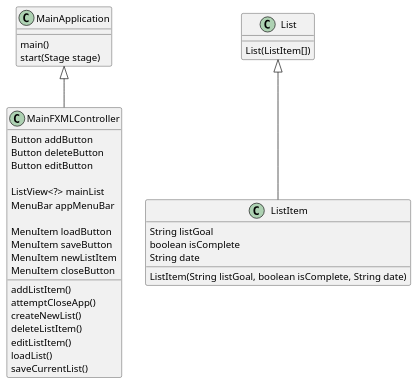
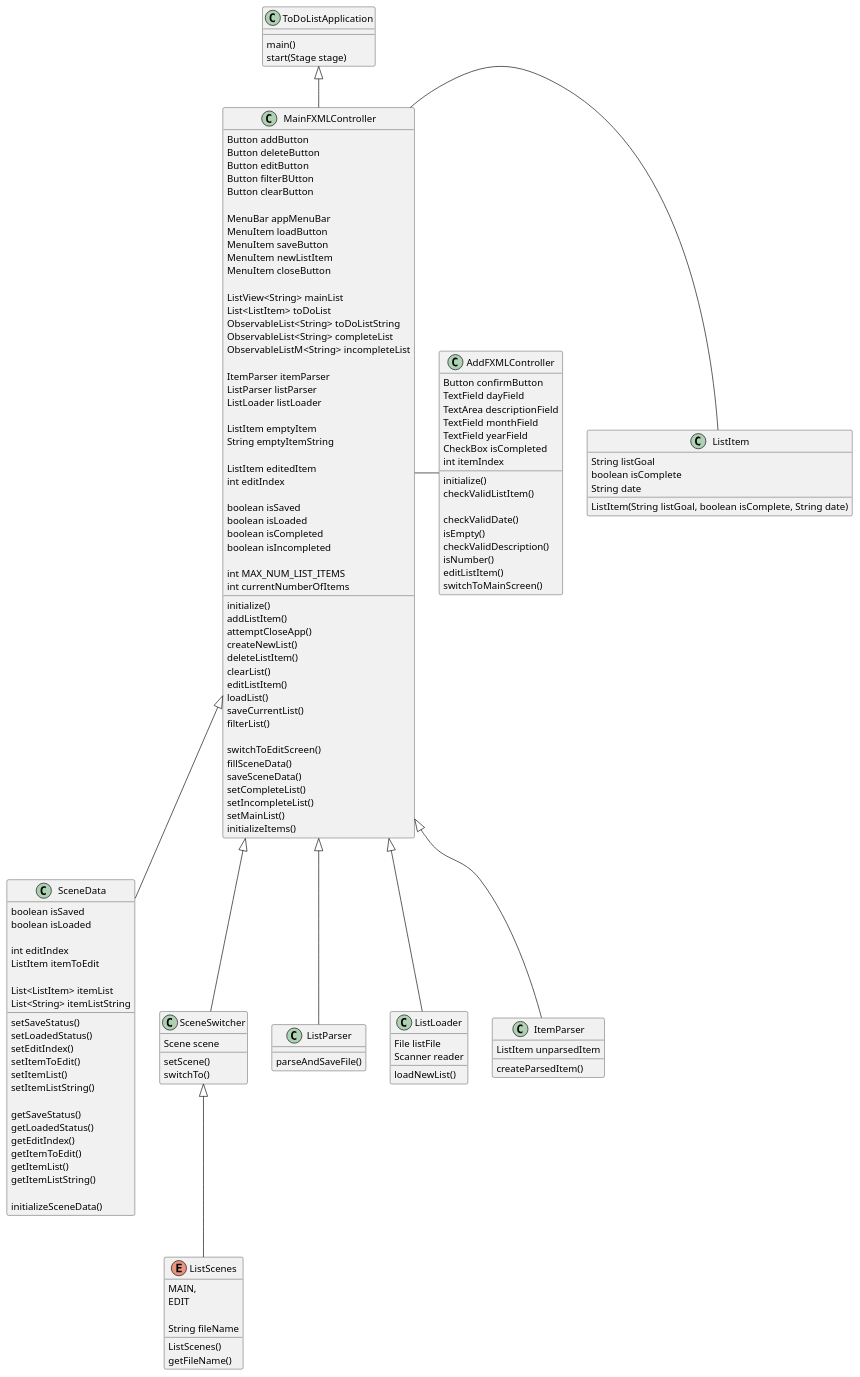
Before and after one commit to RandyRoberts99/roberts-app1-impl: the diagram in docs/ApplicationDiagram.puml, drawn with PlantUML. The commit also changed 14 other files, not shown here.

Commit message:
Giant update to pieces of structure/PlantUML/Test Cases/etc

```diff
--- a/docs/ApplicationDiagram.puml
+++ b/docs/ApplicationDiagram.puml
@@ -1,54 +1,190 @@
 @startuml
 'https://plantuml.com/class-diagram
 
 ' The application class will follow the requirements of containing only the launch command, and
 ' enough code to launch the first GUI in the start method.
-class MainApplication
+class ToDoListApplication
 {
 main()
 start(Stage stage)
 }
 
 ' This class deals with all the events inside the app and how they will relate to the
-' other bits of code associated with the app
+' other bits of code associated with the app. The main flow of traffic will be through this class.
 class MainFXMLController
 {
 Button addButton
 Button deleteButton
 Button editButton
+Button filterBUtton
+Button clearButton
 
-ListView<?> mainList
 MenuBar appMenuBar
-
 MenuItem loadButton
 MenuItem saveButton
 MenuItem newListItem
 MenuItem closeButton
 
+ListView<String> mainList
+List<ListItem> toDoList
+ObservableList<String> toDoListString
+ObservableList<String> completeList
+ObservableListM<String> incompleteList
 
+ItemParser itemParser
+ListParser listParser
+ListLoader listLoader
+
+ListItem emptyItem
+String emptyItemString
+
+ListItem editedItem
+int editIndex
+
+boolean isSaved
+boolean isLoaded
+boolean isCompleted
+boolean isIncompleted
+
+int MAX_NUM_LIST_ITEMS
+int currentNumberOfItems
+
+initialize()
 addListItem()
 attemptCloseApp()
 createNewList()
 deleteListItem()
+clearList()
 editListItem()
 loadList()
 saveCurrentList()
+filterList()
+
+switchToEditScreen()
+fillSceneData()
+saveSceneData()
+setCompleteList()
+setIncompleteList()
+setMainList()
+initializeItems()
 }
 ' This will be an object that holds a list of objects that contain data about each
 ' item in the list, hence the name listItem
 class ListItem
 {
     String listGoal
     boolean isComplete
     String date
     ListItem(String listGoal, boolean isComplete, String date)
 }
-' This object will hold all the properties of an item in the to do list.
-class List
+
+' Responsible for creating a new edited element and verifying it as a valid edited item
+class AddFXMLController
 {
-    List(ListItem[])
+Button confirmButton
+TextField dayField
+TextArea descriptionField
+TextField monthField
+TextField yearField
+CheckBox isCompleted
+int itemIndex
+
+initialize()
+checkValidListItem()
+
+checkValidDate()
+isEmpty()
+checkValidDescription()
+isNumber()
+editListItem()
+switchToMainScreen()
 }
-MainApplication <|-- MainFXMLController
-List <|-- ListItem
+
+' Responsible for saving the main scenes state and a helper class for passing data
+' between controller classes
+class SceneData
+{
+boolean isSaved
+boolean isLoaded
+
+int editIndex
+ListItem itemToEdit
+
+List<ListItem> itemList
+List<String> itemListString
+
+setSaveStatus()
+setLoadedStatus()
+setEditIndex()
+setItemToEdit()
+setItemList()
+setItemListString()
+
+getSaveStatus()
+getLoadedStatus()
+getEditIndex()
+getItemToEdit()
+getItemList()
+getItemListString()
+
+initializeSceneData()
+}
+
+' Responsible for initializing scene switches
+class SceneSwitcher
+{
+Scene scene
+
+setScene()
+switchTo()
+}
+
+' Responsible for storing each scene and to be referenced by SceneSwitcher
+enum ListScenes
+{
+MAIN,
+EDIT
+
+String fileName
+ListScenes()
+getFileName()
+}
+
+' Responsible for creating parsed text files using the data given in the list object
+class ListParser
+{
+    parseAndSaveFile()
+}
+
+' Responsible for loading a list using saved (unedited, parsed) list text files, and formatting them into
+' an object for use
+class ListLoader
+{
+File listFile
+Scanner reader
+
+loadNewList()
+}
+
+' Responsible for parsing a singular item into a viewable string to be stored in a list of parsed items
+' for viewing by the user
+class ItemParser
+{
+ListItem unparsedItem
+
+createParsedItem()
+}
+
+' Main idea of the abstraction of my program
+ToDoListApplication <|-- MainFXMLController
+MainFXMLController - ListItem
+MainFXMLController - AddFXMLController
+MainFXMLController <|-- SceneData
+MainFXMLController <|-- SceneSwitcher
+SceneSwitcher <|-- ListScenes
+MainFXMLController <|-- ListParser
+MainFXMLController <|-- ListLoader
+MainFXMLController <|-- ItemParser
+
 
 @enduml
```
